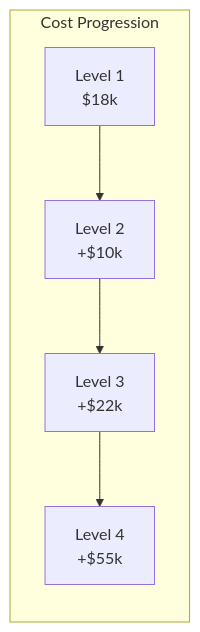
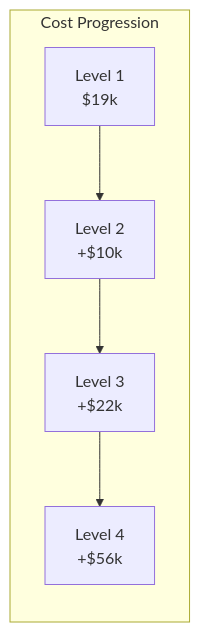
One commit to jnarwell/drip changed the diagram in docs/system/levels.md. Above: the diagram before and after it, drawn with Mermaid. The commit also changed other lines of this file and 10 other files, not shown here.

````diff
--- a/docs/system/levels.md
+++ b/docs/system/levels.md
@@ -128,8 +128,8 @@
 ```mermaid
 graph LR
     subgraph "Cost Progression"
-        L1[Level 1<br/>$18k] --> L2[Level 2<br/>+$10k]
+        L1[Level 1<br/>$19k] --> L2[Level 2<br/>+$10k]
         L2 --> L3[Level 3<br/>+$22k]
-        L3 --> L4[Level 4<br/>+$55k]
+        L3 --> L4[Level 4<br/>+$56k]
     end
 ```
````
